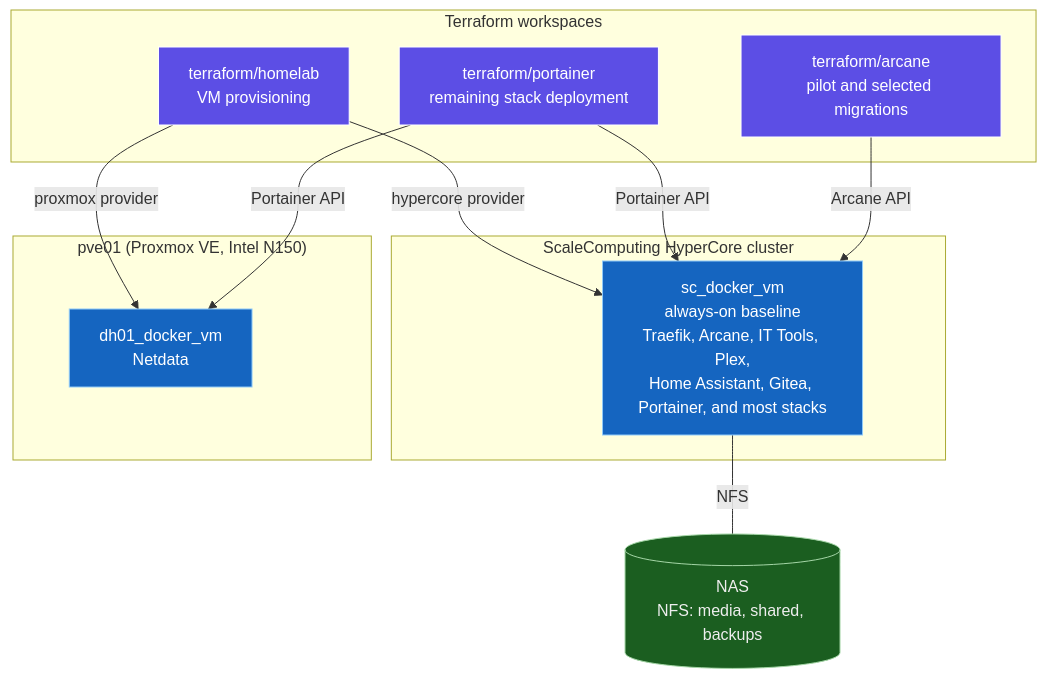
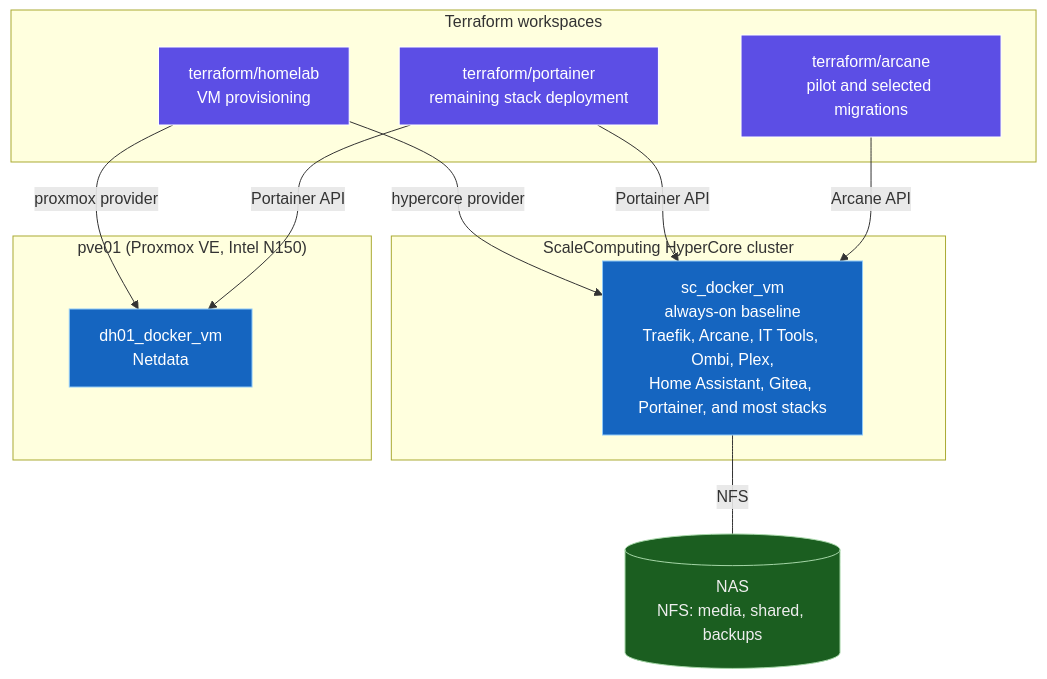
Before and after one commit to locus313/homelab-gitops: the first of 4 diagrams in docs/architecture.md, drawn with Mermaid. The commit also changed other lines of this file, not shown here.

Commit message:
docs(docs/architecture): reflect Ombi Arcane migration (#497)

````diff
--- a/docs/architecture.md
+++ b/docs/architecture.md
@@ -10,30 +10,30 @@
 ```mermaid
 graph TB
     classDef tf fill:#5c4ee5,stroke:#fff,color:#fff
     classDef vm fill:#1565c0,stroke:#90caf9,color:#fff
     classDef hw fill:#4e342e,stroke:#ffcc02,color:#fff
     classDef ext fill:#1b5e20,stroke:#a5d6a7,color:#eee
 
     subgraph IAC["Terraform workspaces"]
         TFH["terraform/homelab<br/>VM provisioning"]:::tf
         TFP["terraform/portainer<br/>remaining stack deployment"]:::tf
         TFA["terraform/arcane<br/>pilot and selected migrations"]:::tf
     end
 
     subgraph SC["ScaleComputing HyperCore cluster"]
-        SCVM["sc_docker_vm<br/>always-on baseline<br/>Traefik, Arcane, IT Tools, Plex,<br/>Home Assistant, Gitea, Portainer, and most stacks"]:::vm
+        SCVM["sc_docker_vm<br/>always-on baseline<br/>Traefik, Arcane, IT Tools, Ombi, Plex,<br/>Home Assistant, Gitea, Portainer, and most stacks"]:::vm
     end
 
     subgraph PVE["pve01 (Proxmox VE, Intel N150)"]
         DHVM["dh01_docker_vm<br/>Netdata"]:::vm
     end
 
     NAS[("NAS<br/>NFS: media, shared, backups")]:::ext
 
     TFH -->|hypercore provider| SCVM
     TFH -->|proxmox provider| DHVM
     TFP -->|Portainer API| SCVM
     TFP -->|Portainer API| DHVM
     TFA -->|Arcane API| SCVM
     SCVM ---|NFS| NAS
 ```
````
